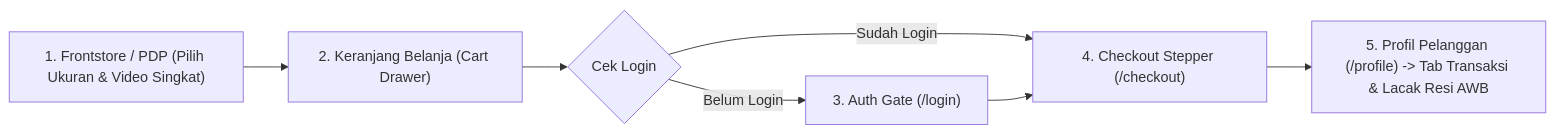
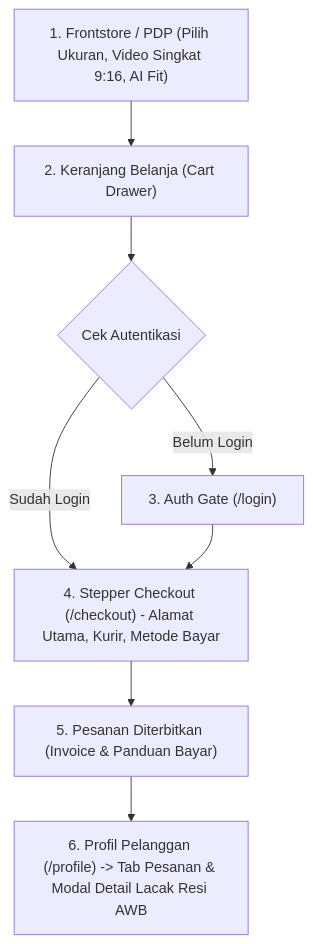
One commit to fransiscuspandhu/fashion-marketplace changed the diagram in docs/WORK_PLAN.md. Above: the diagram before and after it, drawn with Mermaid. The commit also changed other lines of this file, not shown here.

````diff
--- a/docs/WORK_PLAN.md
+++ b/docs/WORK_PLAN.md
@@ -24,9 +129,10 @@
 ```mermaid
-flowchart LR
-    A["1. Frontstore / PDP (Pilih Ukuran & Video Singkat)"] --> B["2. Keranjang Belanja (Cart Drawer)"]
-    B --> C{"Cek Login"}
+flowchart TD
+    A["1. Frontstore / PDP (Pilih Ukuran, Video Singkat 9:16, AI Fit)"] --> B["2. Keranjang Belanja (Cart Drawer)"]
+    B --> C{"Cek Autentikasi"}
     C -- "Belum Login" --> D["3. Auth Gate (/login)"]
-    C -- "Sudah Login" --> E["4. Checkout Stepper (/checkout)"]
+    C -- "Sudah Login" --> E["4. Stepper Checkout (/checkout) - Alamat Utama, Kurir, Metode Bayar"]
     D --> E
-    E --> F["5. Profil Pelanggan (/profile) -> Tab Transaksi & Lacak Resi AWB"]
+    E --> F["5. Pesanan Diterbitkan (Invoice & Panduan Bayar)"]
+    F --> G["6. Profil Pelanggan (/profile) -> Tab Pesanan & Modal Detail Lacak Resi AWB"]
 ```
````
